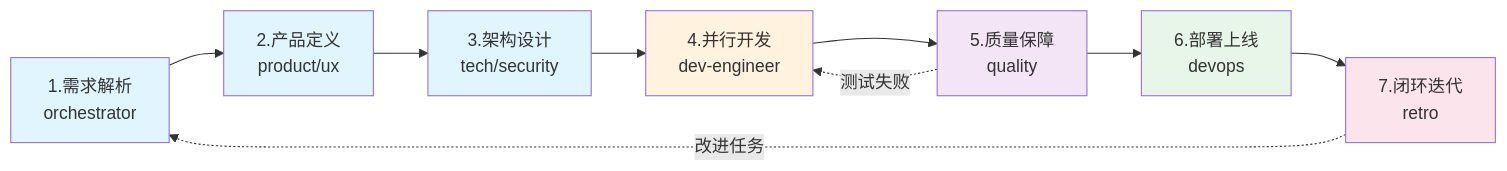
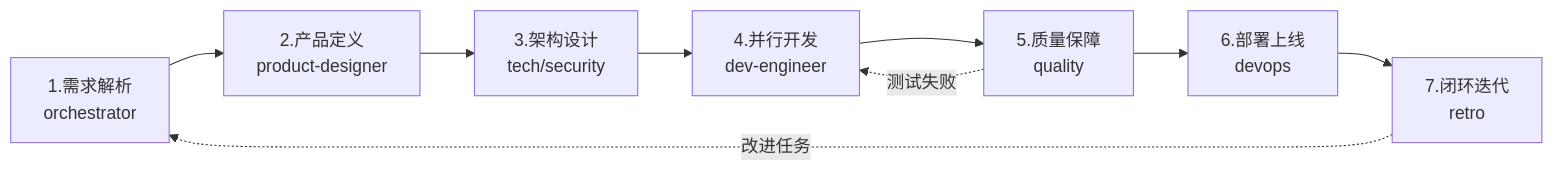
Before and after one commit to Tooooommy/Trae-Workflow: the third of 6 diagrams in skills/orchestrator/SKILL.md, drawn with Mermaid. The commit also changed other lines of this file and 3 other files, not shown here.

First line of the commit message:
refactor: 合并 product-strategist 和 ux-engineer 为 product-designer

````diff
--- a/skills/orchestrator/SKILL.md
+++ b/skills/orchestrator/SKILL.md
@@ -102,20 +102,12 @@
 ```mermaid
 flowchart LR
-    A[1.需求解析<br/>orchestrator] --> B[2.产品定义<br/>product/ux]
+    A[1.需求解析<br/>orchestrator] --> B[2.产品定义<br/>product-designer]
     B --> C[3.架构设计<br/>tech/security]
     C --> D[4.并行开发<br/>dev-engineer]
     D --> E[5.质量保障<br/>quality]
     E --> F[6.部署上线<br/>devops]
     F --> G[7.闭环迭代<br/>retro]
 
     E -.->|测试失败| D
     G -.->|改进任务| A
-
-    style A fill:#e1f5fe
-    style B fill:#e1f5fe
-    style C fill:#e1f5fe
-    style D fill:#fff3e0
-    style E fill:#f3e5f5
-    style F fill:#e8f5e9
-    style G fill:#fce4ec
 ```
````
